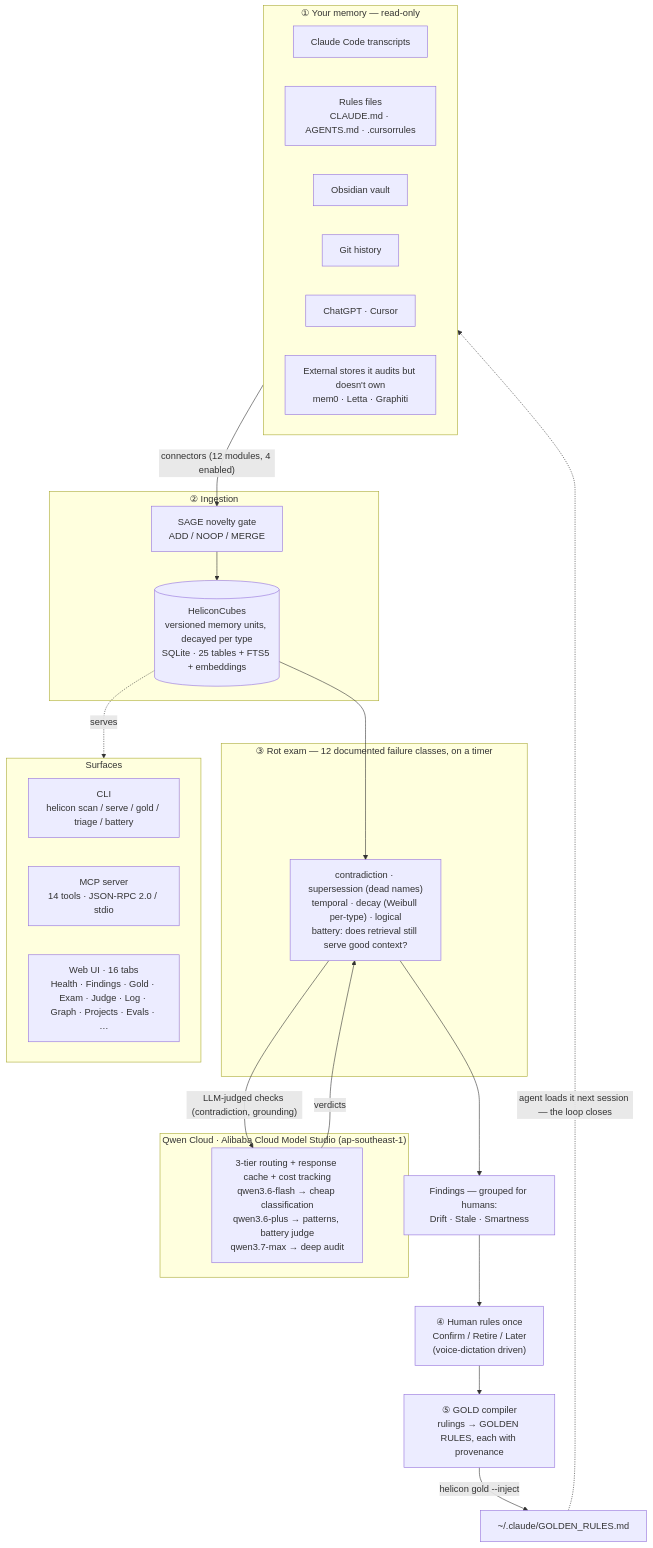
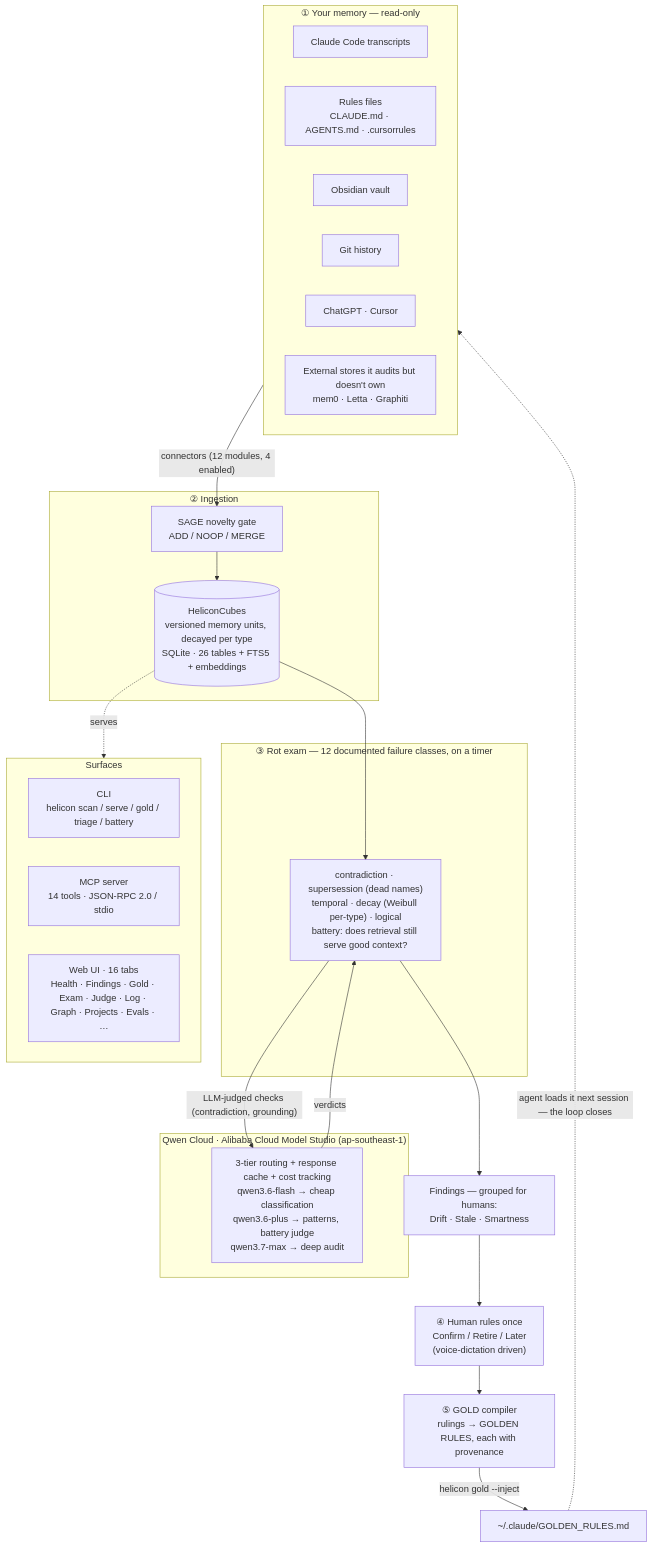
The diagram in ARCHITECTURE.md (Morkeeth/mountain-of-helicon), drawn with Mermaid before and after one commit. The commit also changed other lines of this file and 7 other files, not shown here.

````diff
--- a/ARCHITECTURE.md
+++ b/ARCHITECTURE.md
@@ -11,45 +11,45 @@
 ```mermaid
 flowchart TD
   subgraph SRC["① Your memory — read-only"]
     A1["Claude Code transcripts"]
     A2["Rules files<br/>CLAUDE.md · AGENTS.md · .cursorrules"]
     A3["Obsidian vault"]
     A4["Git history"]
     A5["ChatGPT · Cursor"]
     A6["External stores it audits but doesn't own<br/>mem0 · Letta · Graphiti"]
   end
 
   SRC -->|"connectors (12 modules, 4 enabled)"| GATE
 
   subgraph INGEST["② Ingestion"]
     GATE["SAGE novelty gate<br/>ADD / NOOP / MERGE"]
-    CUBES[("HeliconCubes<br/>versioned memory units, decayed per type<br/>SQLite · 25 tables + FTS5 + embeddings")]
+    CUBES[("HeliconCubes<br/>versioned memory units, decayed per type<br/>SQLite · 26 tables + FTS5 + embeddings")]
     GATE --> CUBES
   end
 
   CUBES --> EXAM
 
   subgraph AUDIT["③ Rot exam — 12 documented failure classes, on a timer"]
     EXAM["contradiction · supersession (dead names)<br/>temporal · decay (Weibull per-type) · logical<br/>battery: does retrieval still serve good context?"]
   end
 
   EXAM -->|"LLM-judged checks (contradiction, grounding)"| QWEN
   QWEN -->|verdicts| EXAM
 
   subgraph QWENC["Qwen Cloud · Alibaba Cloud Model Studio (ap-southeast-1)"]
     QWEN["3-tier routing + response cache + cost tracking<br/>qwen3.6-flash → cheap classification<br/>qwen3.6-plus → patterns, battery judge<br/>qwen3.7-max → deep audit"]
   end
 
   EXAM --> FIND["Findings — grouped for humans:<br/>Drift · Stale · Smartness"]
   FIND --> HUMAN["④ Human rules once<br/>Confirm / Retire / Later<br/>(voice-dictation driven)"]
   HUMAN --> GOLD["⑤ GOLD compiler<br/>rulings → GOLDEN RULES, each with provenance"]
   GOLD -->|"helicon gold --inject"| INJECT["~/.claude/GOLDEN_RULES.md"]
   INJECT -.->|"agent loads it next session — the loop closes"| SRC
 
   CUBES -.serves.-> SURF
   subgraph SURF["Surfaces"]
     CLI["CLI<br/>helicon scan / serve / gold / triage / battery"]
     MCP["MCP server<br/>14 tools · JSON-RPC 2.0 / stdio"]
     WEB["Web UI · 16 tabs<br/>Health · Findings · Gold · Exam · Judge · Log · Graph · Projects · Evals · …"]
   end
 ```
````
